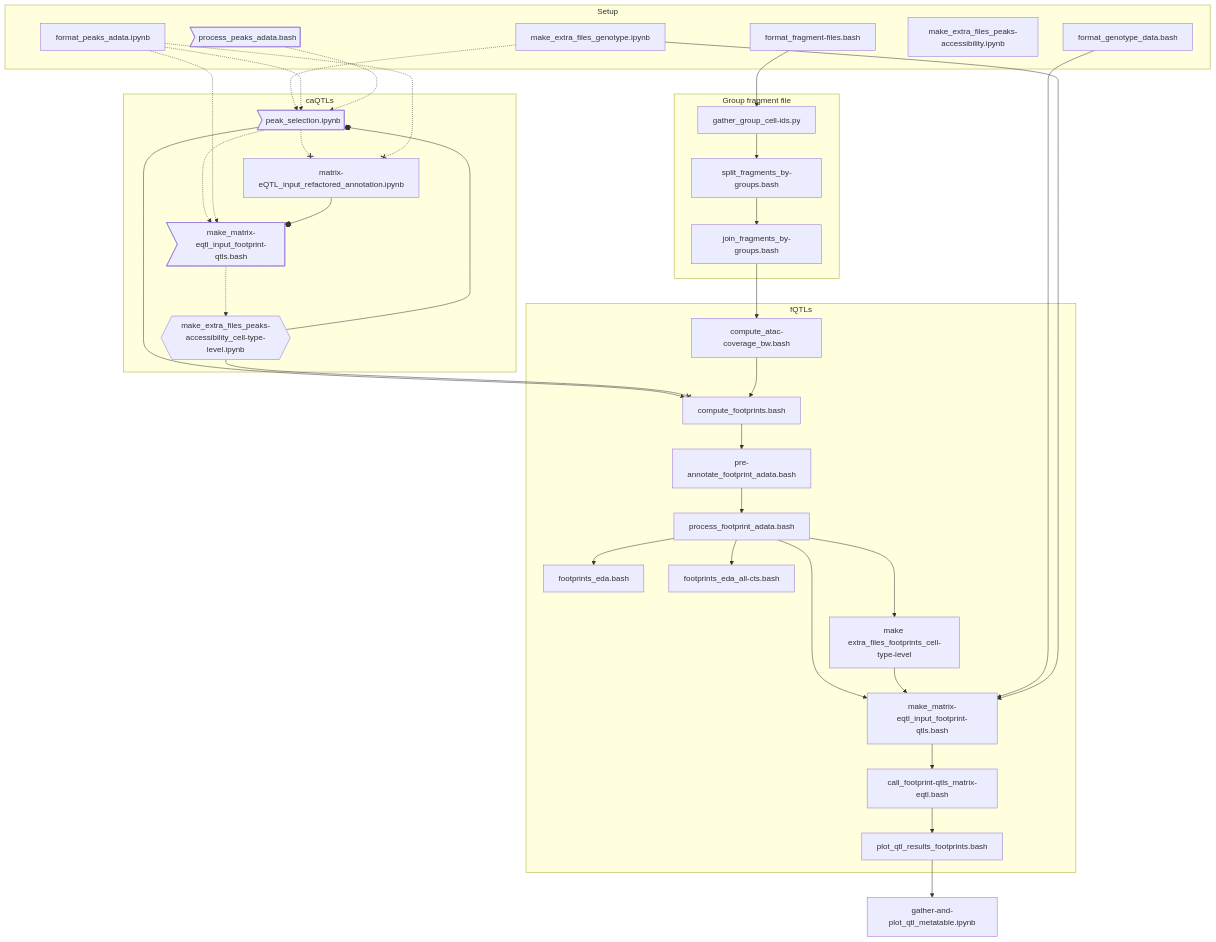
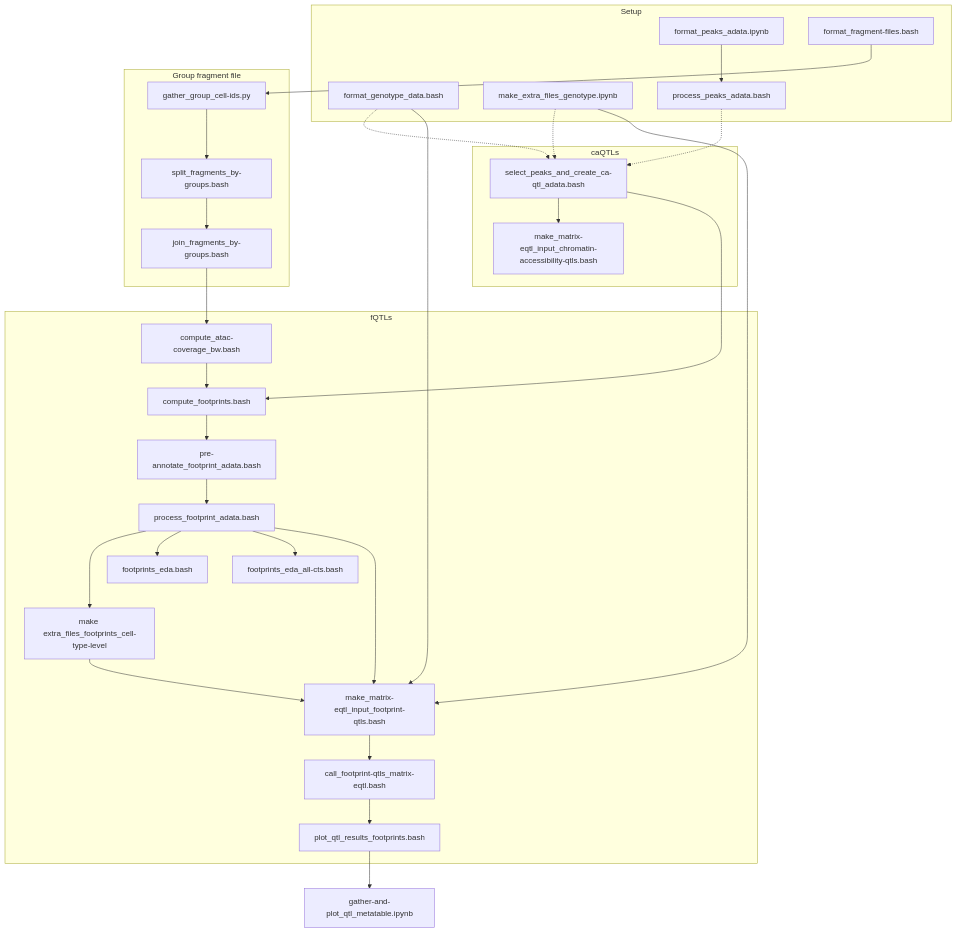
One commit to idf-io/footprintQTLs changed the diagram in README.md. Above: the diagram before and after it, drawn with Mermaid. The commit also changed 5 other files, not shown here.

Commit message:
Made proper `select_peaks` and `generate_phenotype_modality` steps and solved bug error subset ~(Discard)

````diff
--- a/README.md
+++ b/README.md
@@ -3,66 +3,60 @@
 ```mermaid
 flowchart TD
 
 subgraph Setup
 S1[format_genotype_data.bash]
 S2[make_extra_files_genotype.ipynb]
 S3[format_peaks_adata.ipynb]
-S4>process_peaks_adata.bash]
-S5[make_extra_files_peaks-accessibility.ipynb]
+S4[process_peaks_adata.bash]
+S3 --> S4
 S6[format_fragment-files.bash]
 end
 
 X1[gather_group_cell-ids.py]
 X2[split_fragments_by-groups.bash]
 X3[join_fragments_by-groups.bash]
 
 subgraph Group fragment file
 S6 --> X1
 X1 --> X2
 X2 --> X3
 end
 
-K>peak_selection.ipynb]
-L>make_matrix-eqtl_input_footprint-qtls.bash]
-L1[matrix-eQTL_input_refactored_annotation.ipynb]
-M{{make_extra_files_peaks-accessibility_cell-type-level.ipynb}}
+K1[select_peaks_and_create_ca-qtl_adata.bash]
+K2[make_matrix-eqtl_input_chromatin-accessibility-qtls.bash]
 
 subgraph caQTLs
-S2 & S3 & S4 -.-> K
-K & S3 -.-> L
-K & S3 -.-x L1
-L1 --o L
-L -.-> M
+S1 & S2 & S4 -.-> K1
+K1 --> K2
 end
 
-K --> B
-M --x B
-M --o K
 
 A[compute_atac-coverage_bw.bash]
 B[compute_footprints.bash]
 C[pre-annotate_footprint_adata.bash]
 D[process_footprint_adata.bash]
 E[make extra_files_footprints_cell-type-level]
 D1[footprints_eda.bash]
 D2[footprints_eda_all-cts.bash]
 F[make_matrix-eqtl_input_footprint-qtls.bash]
 G[call_footprint-qtls_matrix-eqtl.bash]
 H[plot_qtl_results_footprints.bash]
+
+K1 --> B
 
 subgraph fQTLs
 X3 --> A
 A --> B
 B --> C
 C --> D
 D ---> E
 D --> D1 & D2
 D & E --> F
 S1 & S2 --> F
 F --> G
 G --> H
 end
 
 Z[gather-and-plot_qtl_metatable.ipynb]
 H --> Z
 ```
````
